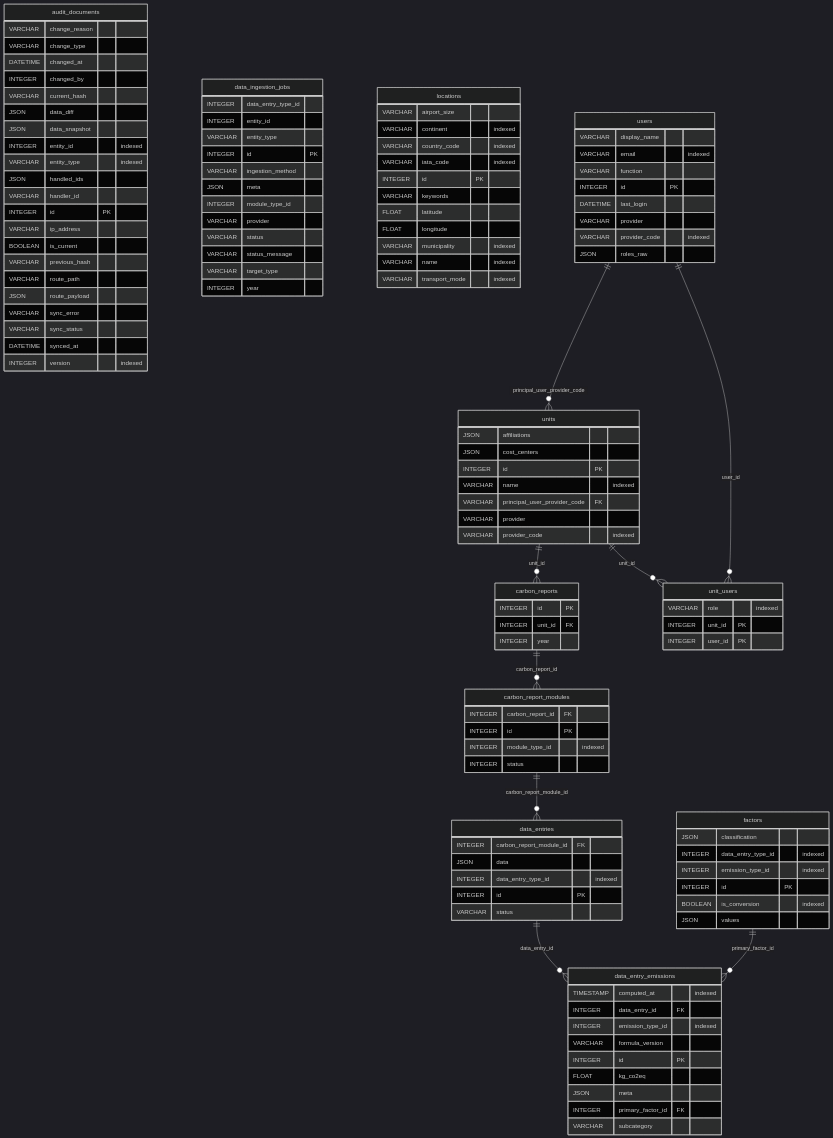
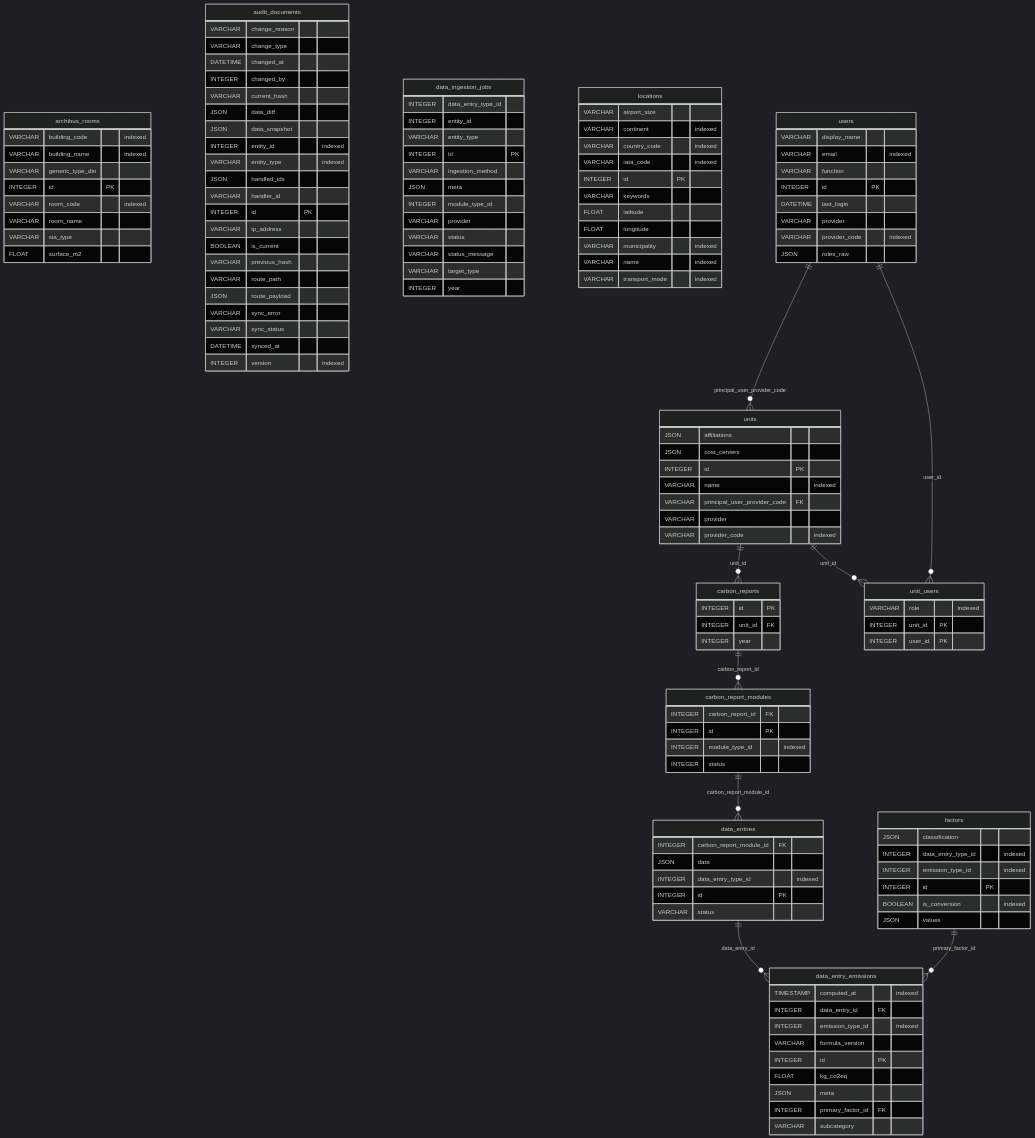
Before and after one commit to EPFL-ENAC/co2-calculator: the diagram in docs/src/database/erd.md, drawn with Mermaid (dark theme). The commit also changed 36 other files, not shown here.

````diff
--- a/docs/src/database/erd.md
+++ b/docs/src/database/erd.md
@@ -3,5 +3,15 @@
 ```mermaid
 erDiagram
+  archibus_rooms {
+    VARCHAR building_code "indexed"
+    VARCHAR building_name "indexed"
+    VARCHAR generic_type_din
+    INTEGER id PK
+    VARCHAR room_code "indexed"
+    VARCHAR room_name
+    VARCHAR sia_type
+    FLOAT surface_m2
+  }
   audit_documents {
     VARCHAR change_reason
     VARCHAR change_type
````
